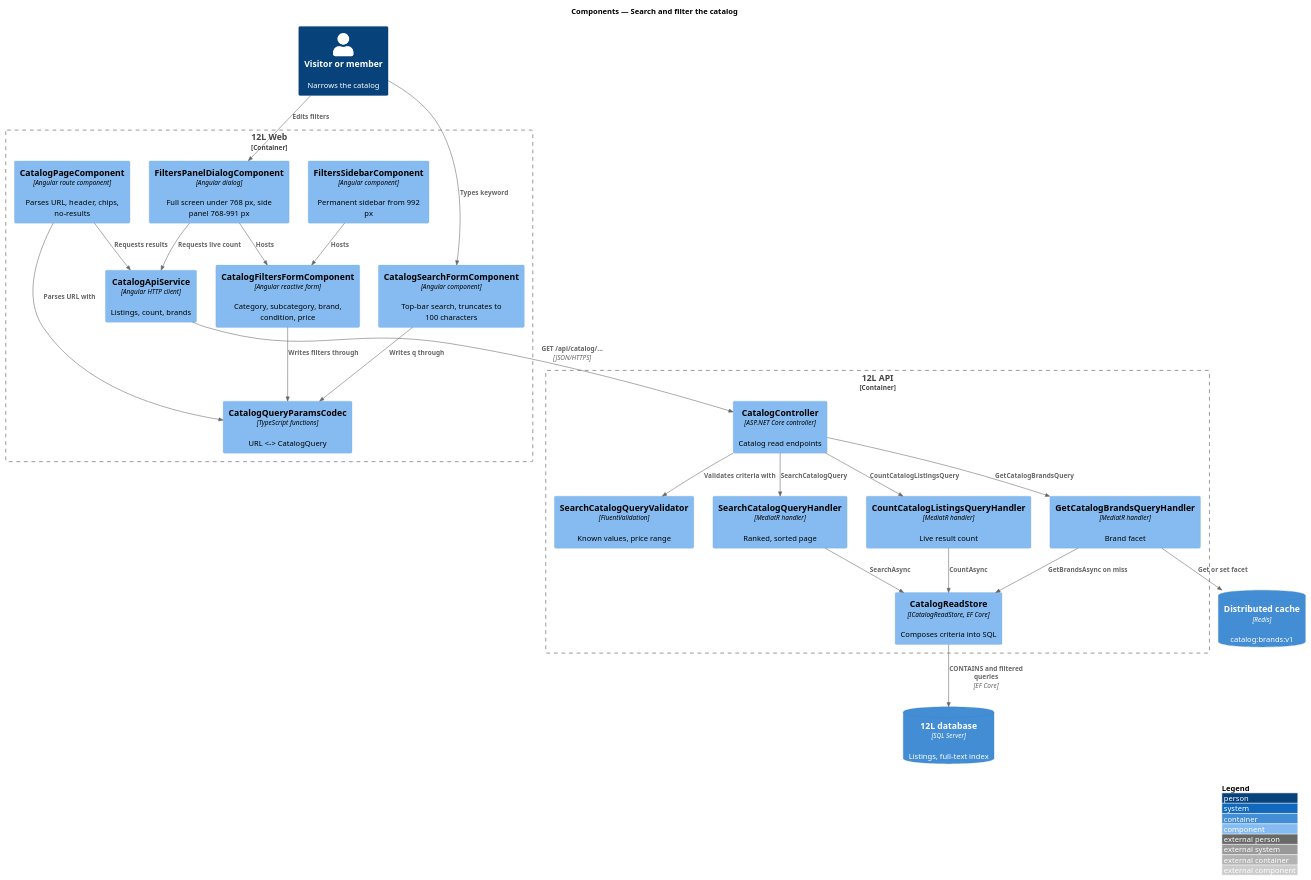
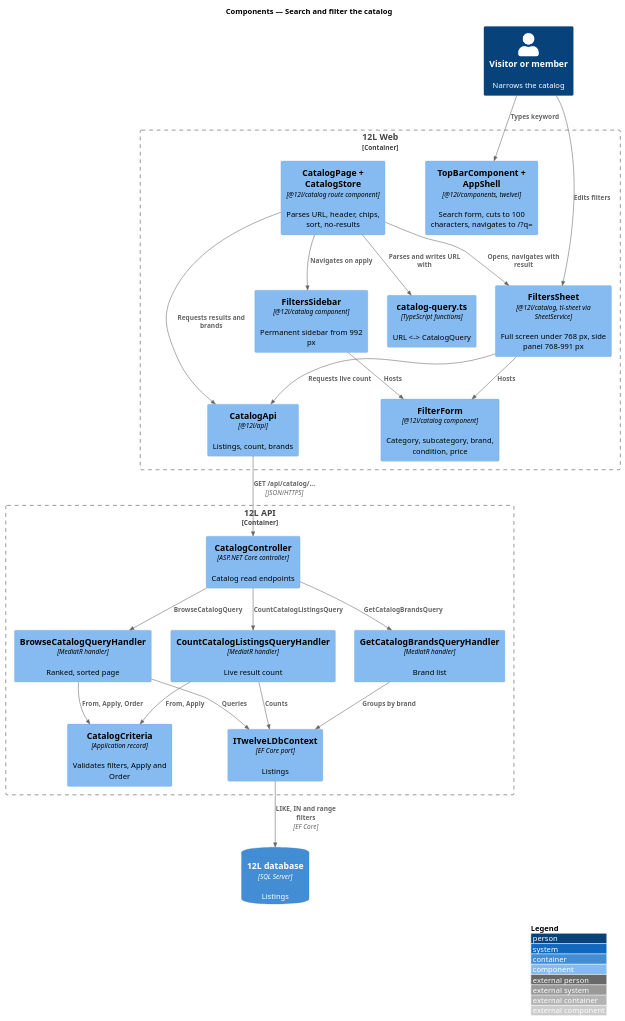
One commit to QuinntyneBrown/12l changed the diagram in docs/detailed-designs/catalog/search-and-filter-catalog/diagrams/c4-component.puml. Above: the diagram before and after it, drawn with PlantUML. The commit also changed 67 other files, not shown here.

Commit message:
Document search-and-filter-catalog: design, ADR, design system, composition, L2, estimates

```diff
--- a/docs/detailed-designs/catalog/search-and-filter-catalog/diagrams/c4-component.puml
+++ b/docs/detailed-designs/catalog/search-and-filter-catalog/diagrams/c4-component.puml
@@ -1,46 +1,45 @@
 @startuml
 !include <C4/C4_Component>
 LAYOUT_WITH_LEGEND()
 title Components — Search and filter the catalog
 
 Person(visitor, "Visitor or member", "Narrows the catalog")
 Container_Boundary(web, "12L Web") {
-  Component(search, "CatalogSearchFormComponent", "Angular component", "Top-bar search, truncates to 100 characters")
-  Component(form, "CatalogFiltersFormComponent", "Angular reactive form", "Category, subcategory, brand, condition, price")
-  Component(sidebar, "FiltersSidebarComponent", "Angular component", "Permanent sidebar from 992 px")
-  Component(panel, "FiltersPanelDialogComponent", "Angular dialog", "Full screen under 768 px, side panel 768-991 px")
-  Component(page, "CatalogPageComponent", "Angular route component", "Parses URL, header, chips, no-results")
-  Component(codec, "CatalogQueryParamsCodec", "TypeScript functions", "URL <-> CatalogQuery")
-  Component(client, "CatalogApiService", "Angular HTTP client", "Listings, count, brands")
+  Component(topbar, "TopBarComponent + AppShell", "@12l/components, twelvel", "Search form, cuts to 100 characters, navigates to /?q=")
+  Component(form, "FilterForm", "@12l/catalog component", "Category, subcategory, brand, condition, price")
+  Component(sidebar, "FiltersSidebar", "@12l/catalog component", "Permanent sidebar from 992 px")
+  Component(sheet, "FiltersSheet", "@12l/catalog, tl-sheet via SheetService", "Full screen under 768 px, side panel 768-991 px")
+  Component(page, "CatalogPage + CatalogStore", "@12l/catalog route component", "Parses URL, header, chips, sort, no-results")
+  Component(query, "catalog-query.ts", "TypeScript functions", "URL <-> CatalogQuery")
+  Component(client, "CatalogApi", "@12l/api", "Listings, count, brands")
 }
 Container_Boundary(api, "12L API") {
   Component(ctrl, "CatalogController", "ASP.NET Core controller", "Catalog read endpoints")
-  Component(val, "SearchCatalogQueryValidator", "FluentValidation", "Known values, price range")
-  Component(search_h, "SearchCatalogQueryHandler", "MediatR handler", "Ranked, sorted page")
+  Component(criteria, "CatalogCriteria", "Application record", "Validates filters, Apply and Order")
+  Component(browse_h, "BrowseCatalogQueryHandler", "MediatR handler", "Ranked, sorted page")
   Component(count_h, "CountCatalogListingsQueryHandler", "MediatR handler", "Live result count")
-  Component(brand_h, "GetCatalogBrandsQueryHandler", "MediatR handler", "Brand facet")
-  Component(rs, "CatalogReadStore", "ICatalogReadStore, EF Core", "Composes criteria into SQL")
+  Component(brand_h, "GetCatalogBrandsQueryHandler", "MediatR handler", "Brand list")
+  Component(ctx, "ITwelveLDbContext", "EF Core port", "Listings")
 }
-ContainerDb(db, "12L database", "SQL Server", "Listings, full-text index")
-ContainerDb(cache, "Distributed cache", "Redis", "catalog:brands:v1")
+ContainerDb(db, "12L database", "SQL Server", "Listings")
 
-Rel(visitor, search, "Types keyword")
-Rel(visitor, panel, "Edits filters")
+Rel(visitor, topbar, "Types keyword")
+Rel(visitor, sheet, "Edits filters")
 Rel(sidebar, form, "Hosts")
-Rel(panel, form, "Hosts")
-Rel(search, codec, "Writes q through")
-Rel(form, codec, "Writes filters through")
-Rel(page, codec, "Parses URL with")
-Rel(page, client, "Requests results")
-Rel(panel, client, "Requests live count")
+Rel(sheet, form, "Hosts")
+Rel(page, query, "Parses and writes URL with")
+Rel(page, sidebar, "Navigates on apply")
+Rel(page, sheet, "Opens, navigates with result")
+Rel(page, client, "Requests results and brands")
+Rel(sheet, client, "Requests live count")
 Rel(client, ctrl, "GET /api/catalog/...", "JSON/HTTPS")
-Rel(ctrl, val, "Validates criteria with")
-Rel(ctrl, search_h, "SearchCatalogQuery")
+Rel(ctrl, browse_h, "BrowseCatalogQuery")
 Rel(ctrl, count_h, "CountCatalogListingsQuery")
 Rel(ctrl, brand_h, "GetCatalogBrandsQuery")
-Rel(search_h, rs, "SearchAsync")
-Rel(count_h, rs, "CountAsync")
-Rel(brand_h, cache, "Get or set facet")
-Rel(brand_h, rs, "GetBrandsAsync on miss")
-Rel(rs, db, "CONTAINS and filtered queries", "EF Core")
+Rel(browse_h, criteria, "From, Apply, Order")
+Rel(count_h, criteria, "From, Apply")
+Rel(browse_h, ctx, "Queries")
+Rel(count_h, ctx, "Counts")
+Rel(brand_h, ctx, "Groups by brand")
+Rel(ctx, db, "LIKE, IN and range filters", "EF Core")
 @enduml
```
